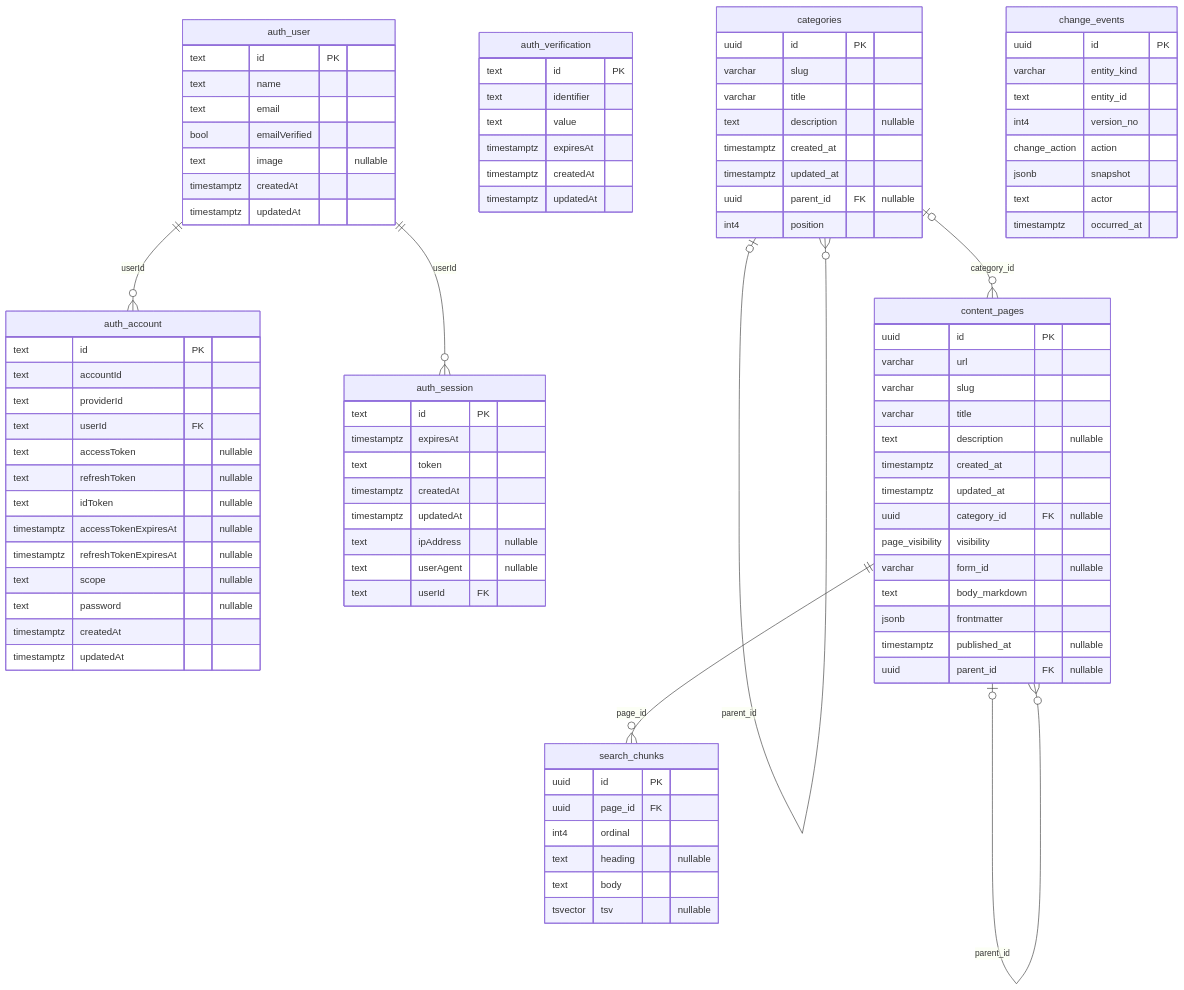
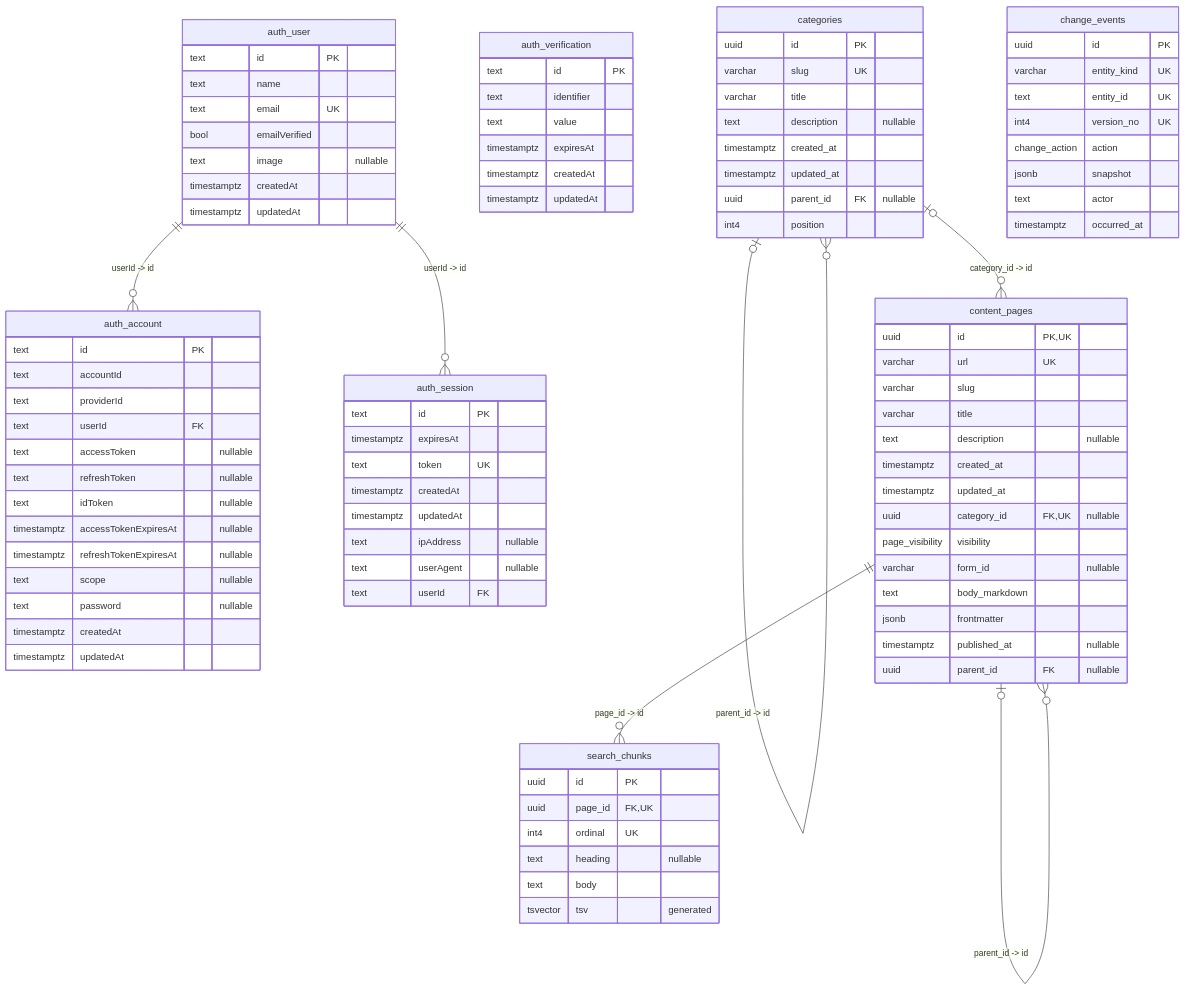
The diagram in apps/api_v2/README.md (govtech-bb/gov-bb), drawn with Mermaid before and after one commit. The commit also changed 2 other files, not shown here.

Commit message:
fix(api_v2): show unique keys, generated columns and FK targets in the ERD
Review follow-ups: mark unique-constraint columns UK, label generated
columns (search_chunks.tsv) "generated" rather than "nullable", and name
the referenced columns on each relationship so the composite
(parent_id, category_id) -> (id, category_id) key reads correctly.

````diff
--- a/apps/api_v2/README.md
+++ b/apps/api_v2/README.md
@@ -81,7 +81,7 @@
   auth_session {
     text id PK
     timestamptz expiresAt
-    text token
+    text token UK
     timestamptz createdAt
     timestamptz updatedAt
     text ipAddress "nullable"
@@ -91,7 +91,7 @@
   auth_user {
     text id PK
     text name
-    text email
+    text email UK
     bool emailVerified
     text image "nullable"
     timestamptz createdAt
@@ -107,7 +107,7 @@
   }
   categories {
     uuid id PK
-    varchar slug
+    varchar slug UK
     varchar title
     text description "nullable"
     timestamptz created_at
@@ -117,23 +117,23 @@
   }
   change_events {
     uuid id PK
-    varchar entity_kind
-    text entity_id
-    int4 version_no
+    varchar entity_kind UK
+    text entity_id UK
+    int4 version_no UK
     change_action action
     jsonb snapshot
     text actor
     timestamptz occurred_at
   }
   content_pages {
-    uuid id PK
-    varchar url
+    uuid id PK, UK
+    varchar url UK
     varchar slug
     varchar title
     text description "nullable"
     timestamptz created_at
     timestamptz updated_at
-    uuid category_id FK "nullable"
+    uuid category_id FK, UK "nullable"
     page_visibility visibility
     varchar form_id "nullable"
     text body_markdown
@@ -143,17 +143,17 @@
   }
   search_chunks {
     uuid id PK
-    uuid page_id FK
-    int4 ordinal
+    uuid page_id FK, UK
+    int4 ordinal UK
     text heading "nullable"
     text body
-    tsvector tsv "nullable"
+    tsvector tsv "generated"
   }
-  auth_user ||--o{ auth_account : "userId"
-  auth_user ||--o{ auth_session : "userId"
-  categories |o--o{ categories : "parent_id"
-  categories |o--o{ content_pages : "category_id"
-  content_pages |o--o{ content_pages : "parent_id, category_id"
-  content_pages |o--o{ content_pages : "parent_id"
-  content_pages ||--o{ search_chunks : "page_id"
+  auth_user ||--o{ auth_account : "userId -> id"
+  auth_user ||--o{ auth_session : "userId -> id"
+  categories |o--o{ categories : "parent_id -> id"
+  categories |o--o{ content_pages : "category_id -> id"
+  content_pages |o--o{ content_pages : "parent_id, category_id -> id, category_id"
+  content_pages |o--o{ content_pages : "parent_id -> id"
+  content_pages ||--o{ search_chunks : "page_id -> id"
 ```
````
